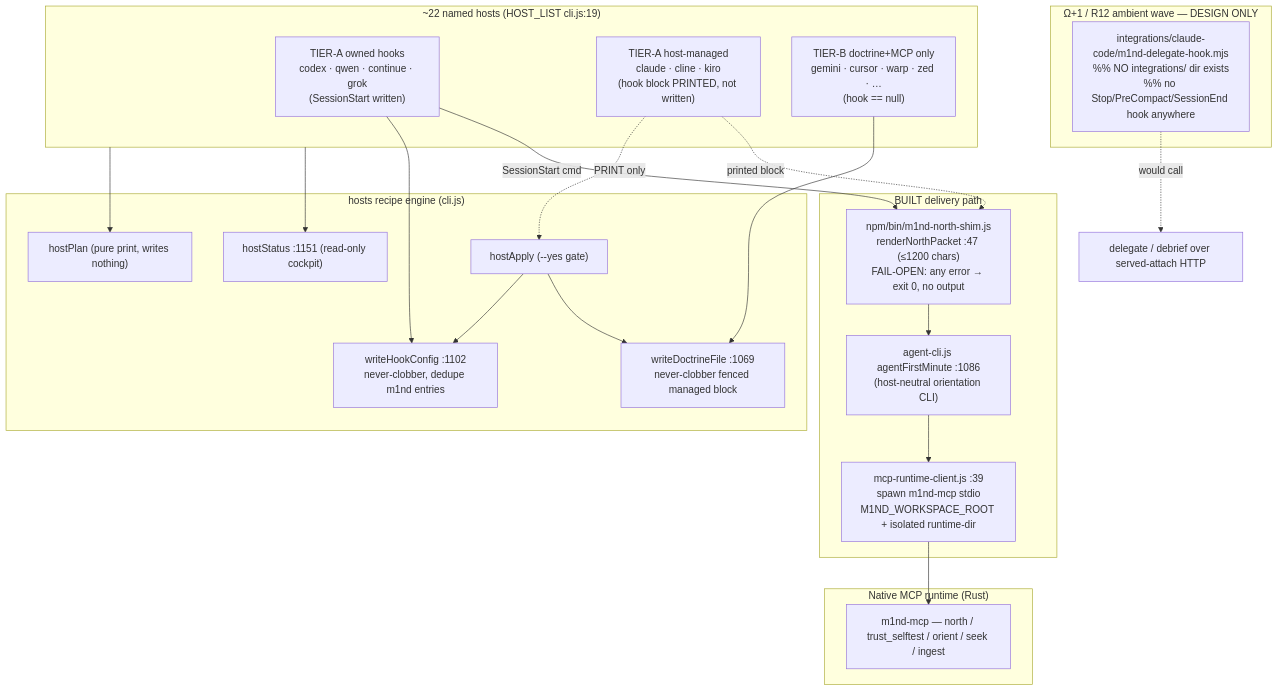
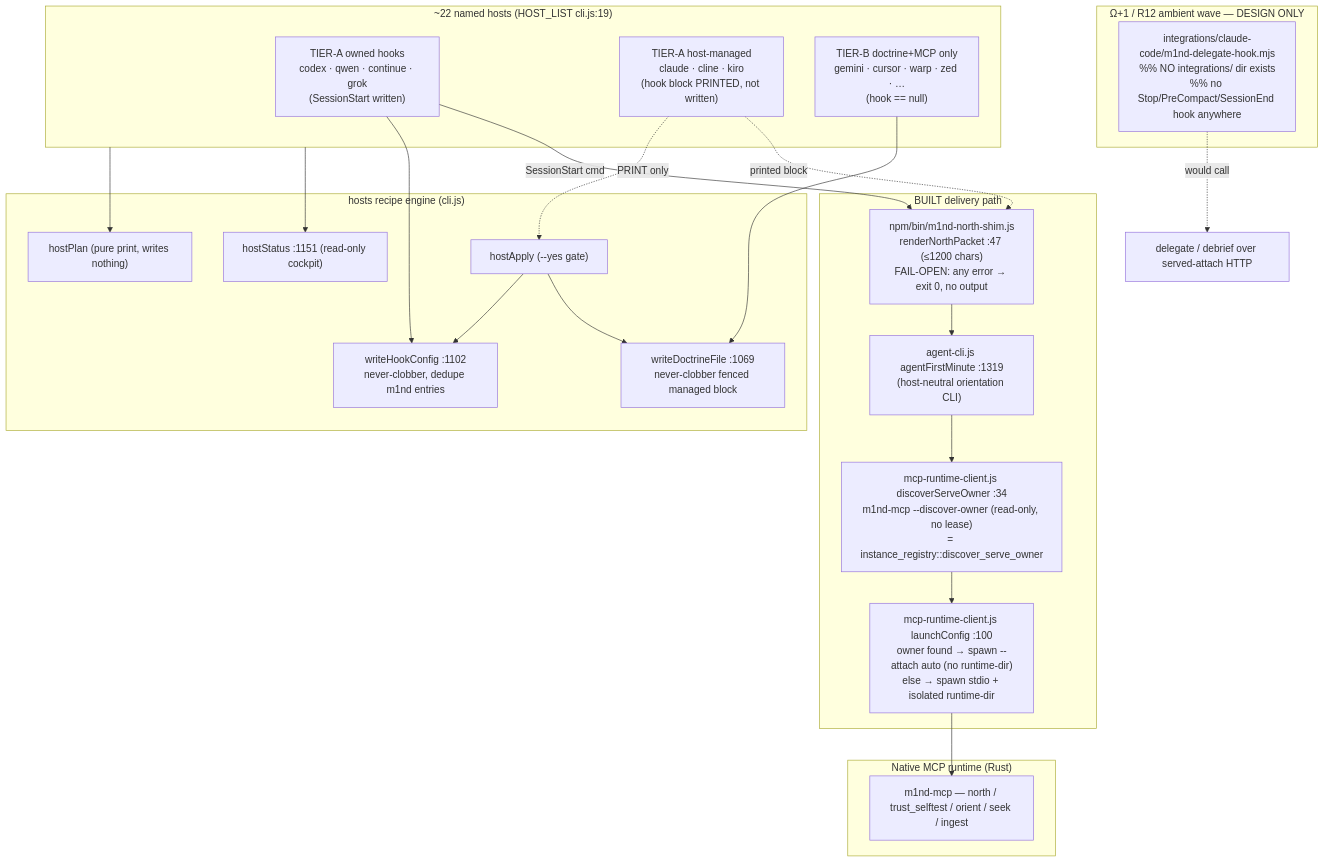
Before and after one commit to maxkle1nz/m1nd: the first of 3 diagrams in docs/uml/host-integration.md, drawn with Mermaid. The commit also changed other lines of this file and 8 other files, not shown here.

````diff
--- a/docs/uml/host-integration.md
+++ b/docs/uml/host-integration.md
@@ -7,42 +7,43 @@
 ```mermaid
 flowchart TB
     subgraph Hosts["~22 named hosts (HOST_LIST cli.js:19)"]
         TierA["TIER-A owned hooks<br/>codex · qwen · continue · grok<br/>(SessionStart written)"]
         TierAmgd["TIER-A host-managed<br/>claude · cline · kiro<br/>(hook block PRINTED, not written)"]
         TierB["TIER-B doctrine+MCP only<br/>gemini · cursor · warp · zed · …<br/>(hook == null)"]
     end
 
     subgraph Delivery["BUILT delivery path"]
         SHIM["npm/bin/m1nd-north-shim.js<br/>renderNorthPacket :47 (≤1200 chars)<br/>FAIL-OPEN: any error → exit 0, no output"]
-        FM["agent-cli.js agentFirstMinute :1086<br/>(host-neutral orientation CLI)"]
-        RC["mcp-runtime-client.js :39<br/>spawn m1nd-mcp stdio<br/>M1ND_WORKSPACE_ROOT + isolated runtime-dir"]
+        FM["agent-cli.js agentFirstMinute :1319<br/>(host-neutral orientation CLI)"]
+        DISC["mcp-runtime-client.js discoverServeOwner :34<br/>m1nd-mcp --discover-owner (read-only, no lease)<br/>= instance_registry::discover_serve_owner"]
+        RC["mcp-runtime-client.js launchConfig :100<br/>owner found → spawn --attach auto (no runtime-dir)<br/>else → spawn stdio + isolated runtime-dir"]
     end
 
     subgraph Engine["hosts recipe engine (cli.js)"]
         STATUS["hostStatus :1151 (read-only cockpit)"]
         PLAN["hostPlan (pure print, writes nothing)"]
         APPLY["hostApply (--yes gate)"]
         WDOC["writeDoctrineFile :1069<br/>never-clobber fenced managed block"]
         WHOOK["writeHookConfig :1102<br/>never-clobber, dedupe m1nd entries"]
     end
 
     subgraph Runtime["Native MCP runtime (Rust)"]
         MCP["m1nd-mcp — north / trust_selftest / orient / seek / ingest"]
     end
 
     subgraph Unbuilt["Ω+1 / R12 ambient wave — DESIGN ONLY"]
         AMB["integrations/claude-code/m1nd-delegate-hook.mjs<br/>%% NO integrations/ dir exists<br/>%% no Stop/PreCompact/SessionEnd hook anywhere"]
     end
 
     TierA -->|SessionStart cmd| SHIM
     TierAmgd -.printed block.-> SHIM
-    SHIM --> FM --> RC --> MCP
+    SHIM --> FM --> DISC --> RC --> MCP
     APPLY --> WDOC
     APPLY --> WHOOK
     TierA --> WHOOK
     TierAmgd -.PRINT only.-> APPLY
     TierB --> WDOC
     Hosts --> STATUS
     Hosts --> PLAN
     AMB -.would call.-> DELEG["delegate / debrief over served-attach HTTP"]
 ```
````
